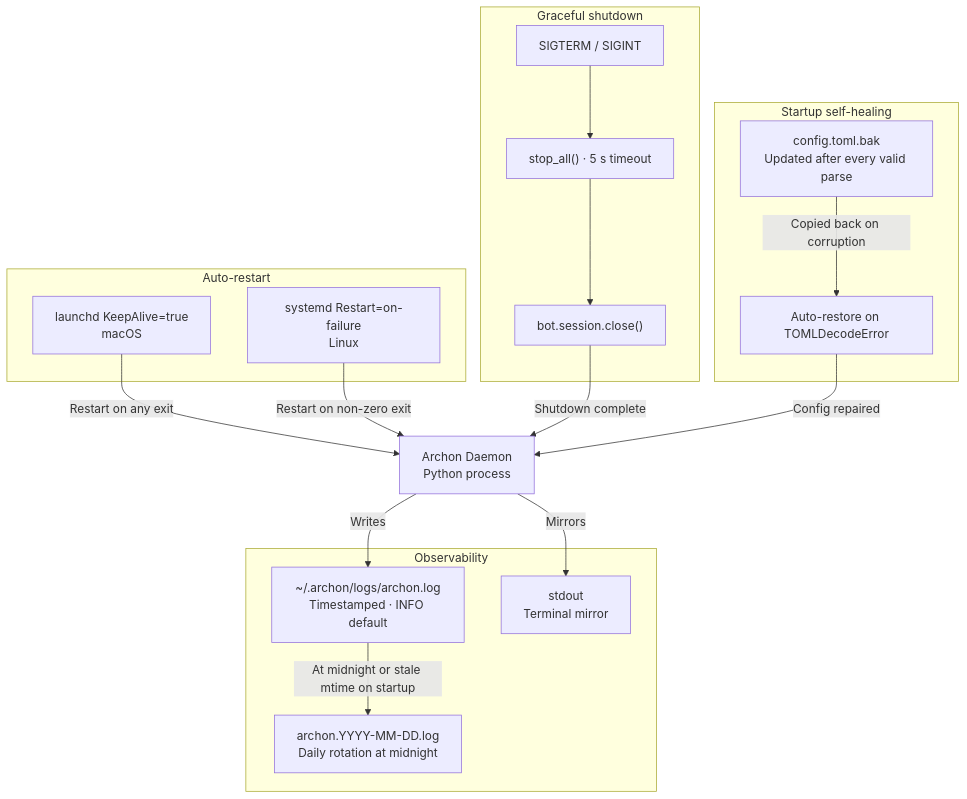
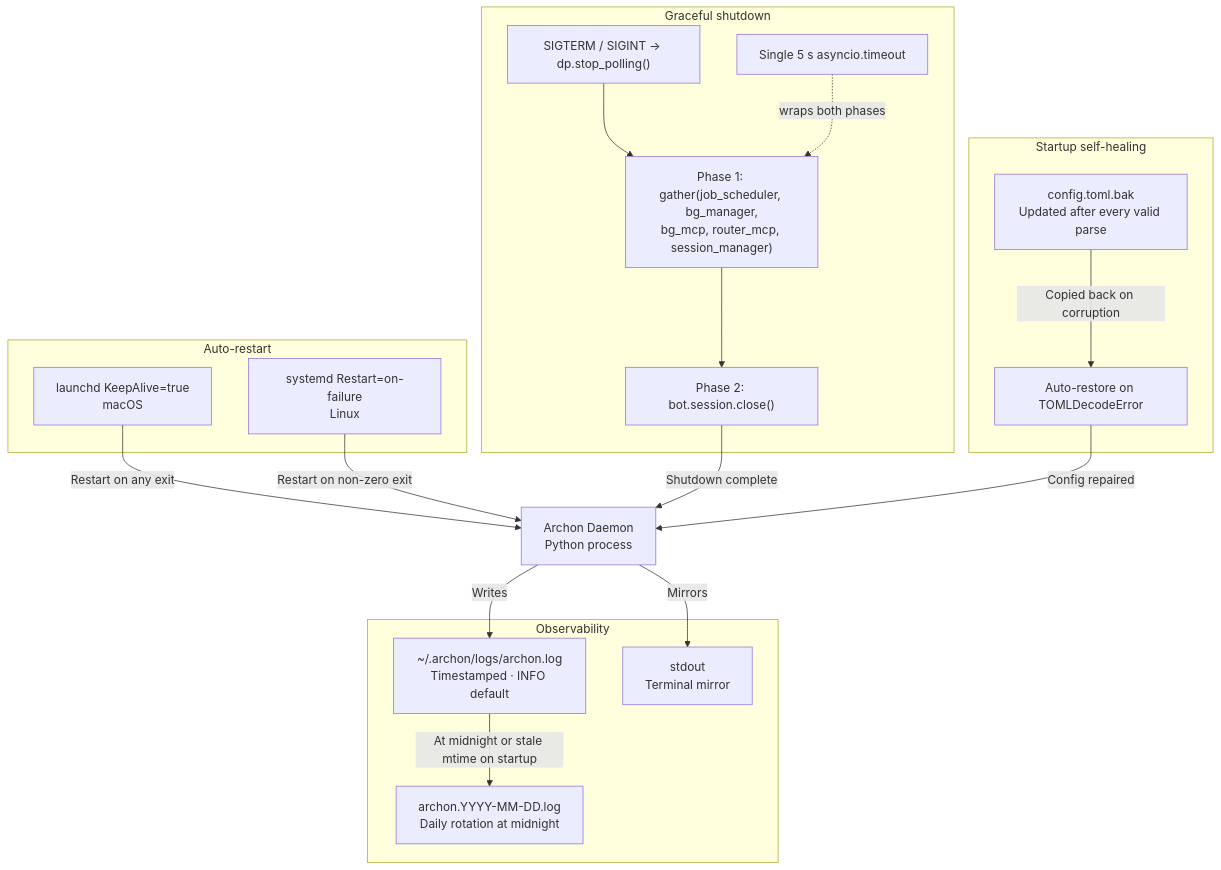
One commit to user538295/archon-assistant changed the diagram in Documentation/Architecture/160_operational_readiness_monitoring_and_reliability.md. Above: the diagram before and after it, drawn with Mermaid. The commit also changed other lines of this file and 21 other files, not shown here.

````diff
--- a/Documentation/Architecture/160_operational_readiness_monitoring_and_reliability.md
+++ b/Documentation/Architecture/160_operational_readiness_monitoring_and_reliability.md
@@ -316,36 +329,38 @@
 ```mermaid
 flowchart TD
     DAEMON["Archon Daemon<br/>Python process"]
 
     subgraph Observability["Observability"]
         LOG["~/.archon/logs/archon.log<br/>Timestamped · INFO default"]
         ROT["archon.YYYY-MM-DD.log<br/>Daily rotation at midnight"]
         CON["stdout<br/>Terminal mirror"]
         LOG -->|"At midnight or stale mtime on startup"| ROT
     end
 
     subgraph AutoRestart["Auto-restart"]
         LAUNCHD["launchd KeepAlive=true<br/>macOS"]
         SYSTEMD["systemd Restart=on-failure<br/>Linux"]
     end
 
     subgraph GracefulShutdown["Graceful shutdown"]
-        SIG["SIGTERM / SIGINT"]
-        STOP["stop_all() · 5 s timeout"]
-        CLOSE["bot.session.close()"]
-        SIG --> STOP --> CLOSE
+        SIG["SIGTERM / SIGINT → dp.stop_polling()"]
+        PHASE1["Phase 1: gather(job_scheduler, bg_manager,<br/>bg_mcp, router_mcp, session_manager)"]
+        CLOSE["Phase 2: bot.session.close()"]
+        TIMEOUT["Single 5 s asyncio.timeout"]
+        SIG --> PHASE1 --> CLOSE
+        TIMEOUT -.->|wraps both phases| PHASE1
     end
 
     subgraph SelfHealing["Startup self-healing"]
         BACKUP["config.toml.bak<br/>Updated after every valid parse"]
         RESTORE["Auto-restore on TOMLDecodeError"]
         BACKUP -->|Copied back on corruption| RESTORE
     end
 
     DAEMON -->|Writes| LOG
     DAEMON -->|Mirrors| CON
     LAUNCHD -->|Restart on any exit| DAEMON
     SYSTEMD -->|Restart on non-zero exit| DAEMON
     CLOSE -->|Shutdown complete| DAEMON
     RESTORE -->|Config repaired| DAEMON
 ```
````
